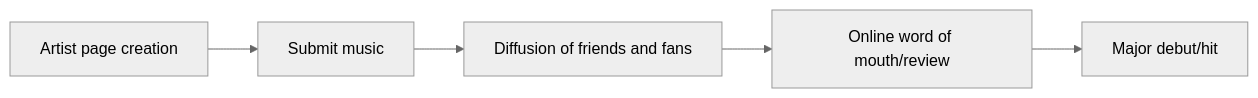
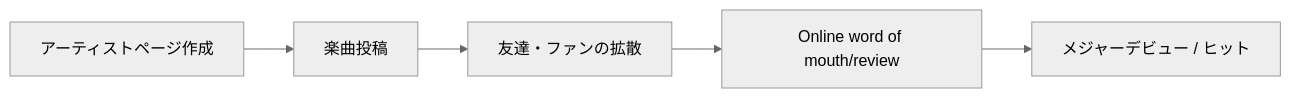
One commit to monumental-movement/monumental-movement.github.io changed the second of 3 diagrams in en/_posts/2026-02-14-column-myspace.md. Above: the diagram before and after it, drawn with Mermaid (neutral theme). The commit also changed other lines of this file and 2196 other files, not shown here.

```diff
--- a/en/_posts/2026-02-14-column-myspace.md
+++ b/en/_posts/2026-02-14-column-myspace.md
@@ -77,7 +76,7 @@
 <div class="mermaid">
 flowchart LR
-    A[Artist page creation] --> B[Submit music]
-    B --> C[Diffusion of friends and fans]
+    A[アーティストページ作成] --> B[楽曲投稿]
+    B --> C[友達・ファンの拡散]
     C --> D[Online word of mouth/review]
-    D --> E[Major debut/hit]
+    D --> E[メジャーデビュー / ヒット]
 </div>
```
